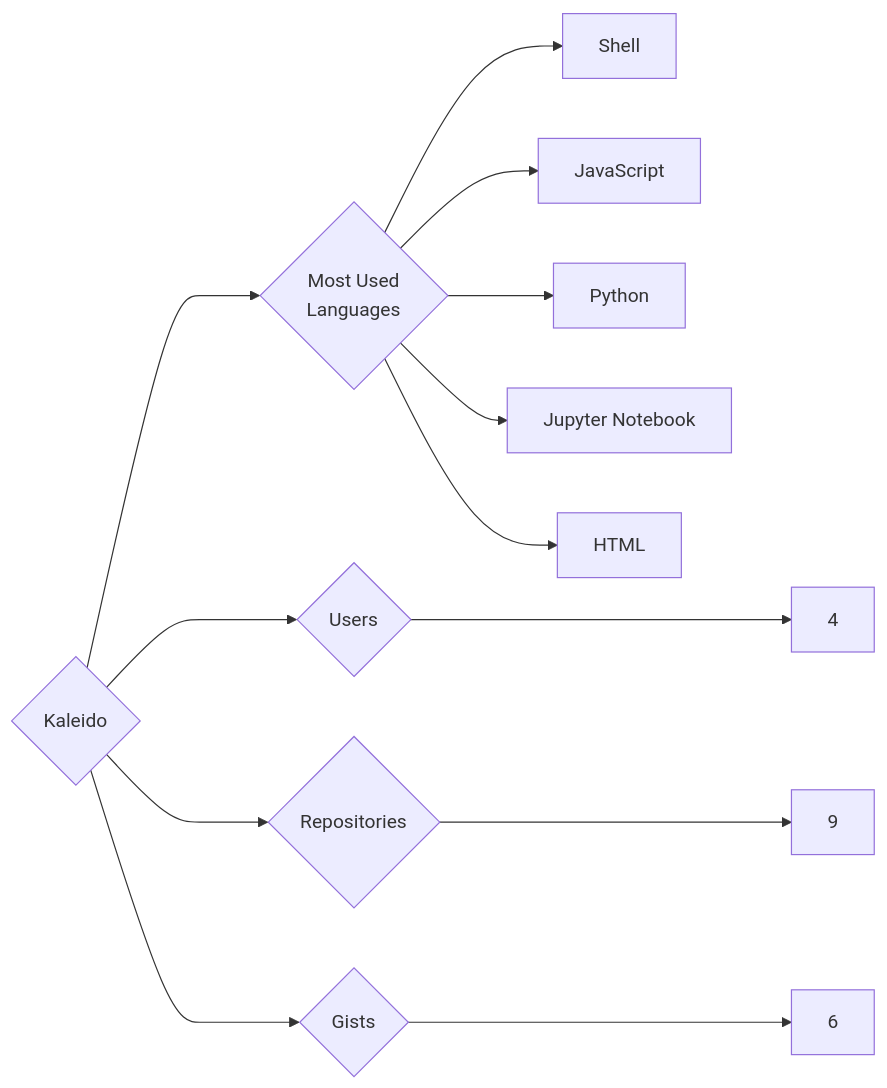
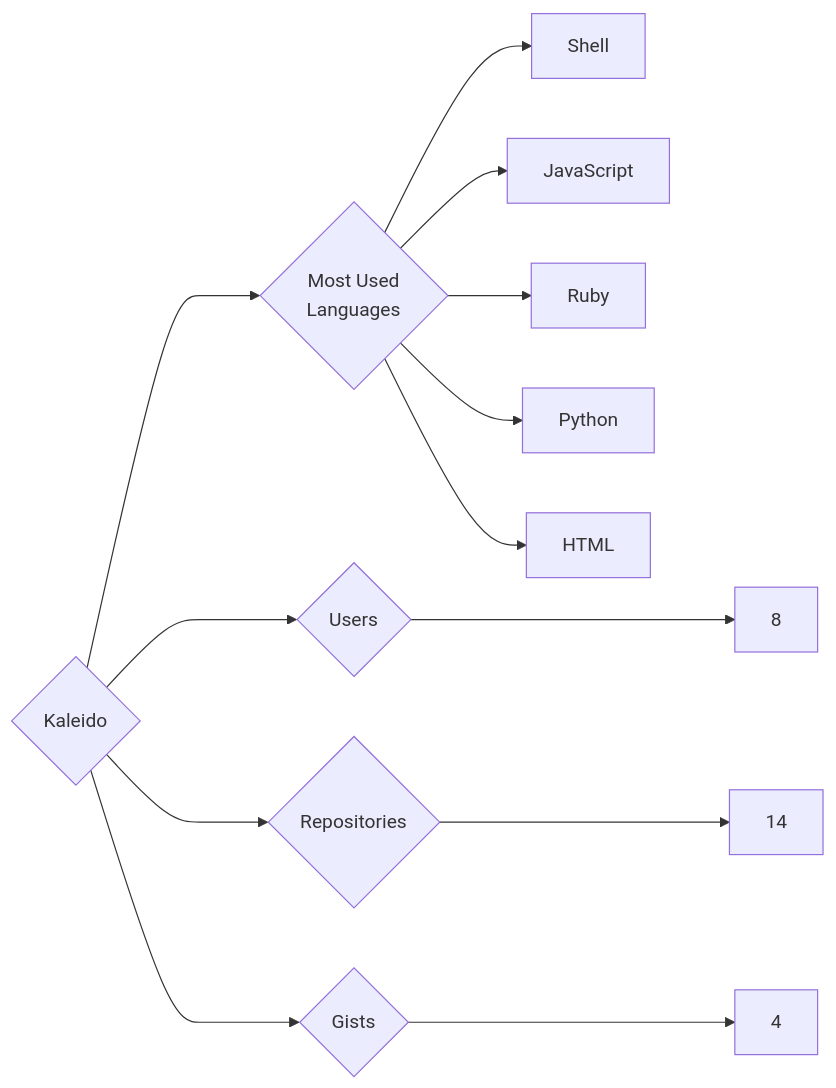
One commit to trickest/insiders changed the diagram in targets/Kaleido/README.md. Above: the diagram before and after it, drawn with Mermaid. The commit also changed 1389 other files, not shown here.

````diff
--- a/targets/Kaleido/README.md
+++ b/targets/Kaleido/README.md
@@ -3,13 +3,13 @@
 ```mermaid
 graph LR
 COMPANY_NAME{Kaleido}
-COMPANY_NAME ---> U{Users} ---> UN[4]
-COMPANY_NAME ---> R{Repositories} ---> RN[9]
-COMPANY_NAME ---> G{Gists} ---> GN[6]
+COMPANY_NAME ---> U{Users} ---> UN[8]
+COMPANY_NAME ---> R{Repositories} ---> RN[14]
+COMPANY_NAME ---> G{Gists} ---> GN[4]
 COMPANY_NAME ---> ML{Most Used<br>Languages}
 ML --> Shell[Shell]
 ML --> JavaScript[JavaScript]
+ML --> Ruby[Ruby]
 ML --> Python[Python]
-ML --> Jupyter_Notebook[Jupyter Notebook]
 ML --> HTML[HTML]
 ```
````
